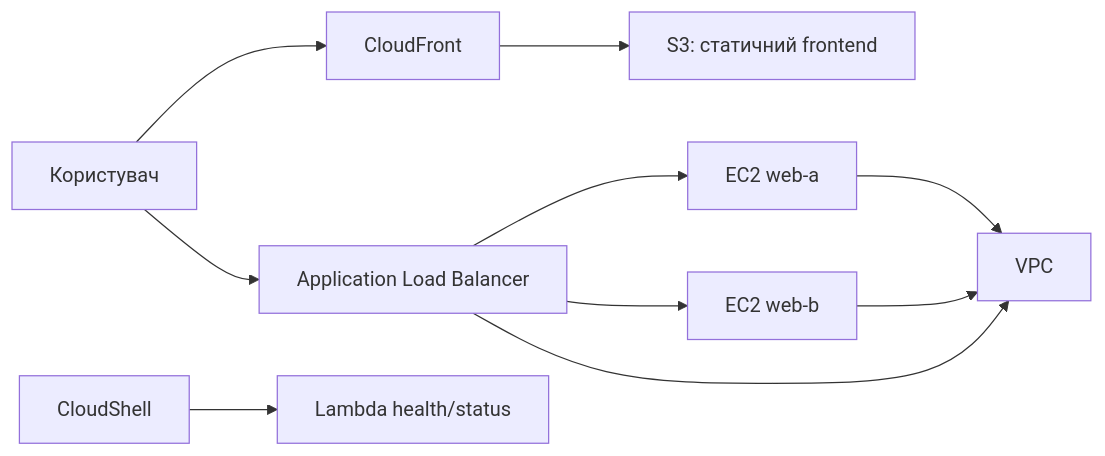
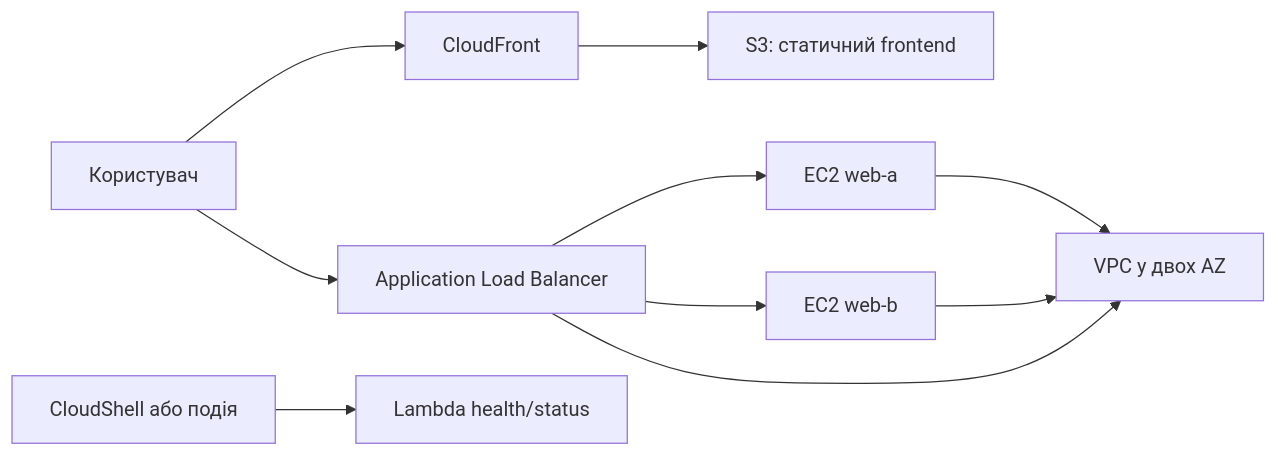
The diagram in Lesson1_1/README.md (rossogamata/tasp243), drawn with Mermaid before and after one commit. The commit also changed other lines of this file and 6 other files, not shown here.

````diff
--- a/Lesson1_1/README.md
+++ b/Lesson1_1/README.md
@@ -71,12 +60,12 @@
 ```mermaid
 flowchart LR
     User[Користувач] --> CDN[CloudFront]
     CDN --> S3[S3: статичний frontend]
     User --> ALB[Application Load Balancer]
     ALB --> EC2A[EC2 web-a]
     ALB --> EC2B[EC2 web-b]
-    EC2A --> VPC[VPC]
+    CLI[CloudShell або подія] --> Lambda[Lambda health/status]
+    EC2A --> VPC[VPC у двох AZ]
     EC2B --> VPC
     ALB --> VPC
-    CLI[CloudShell] --> Lambda[Lambda health/status]
 ```
````
